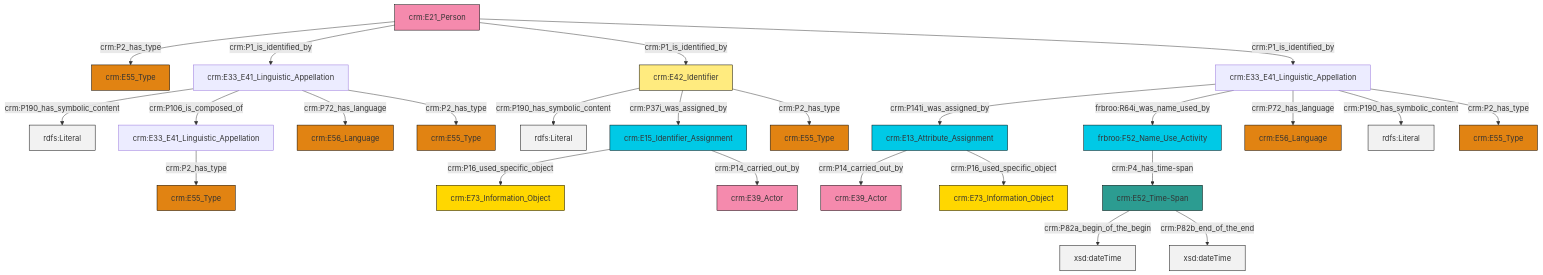
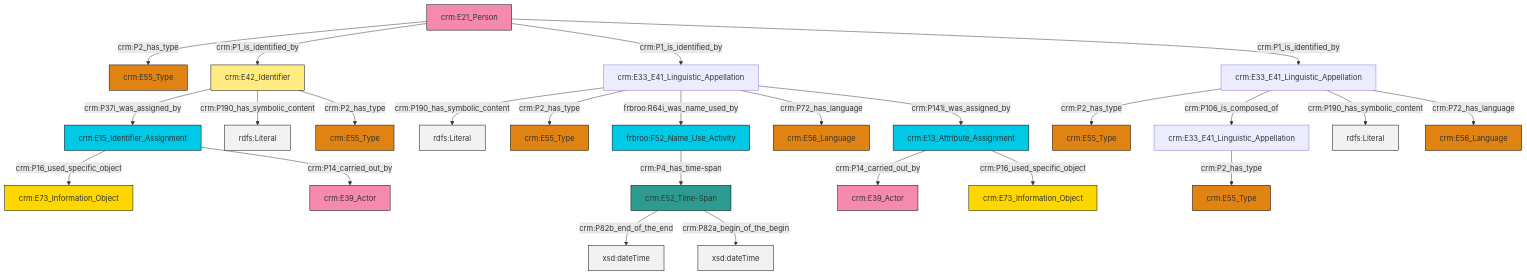
The diagram in et/personCSV/ttl/mmd/Person_Names_and_Classification.ttl.mmd (swiss-art-research-net/docs.swissartresearch), drawn with Mermaid before and after one commit. The commit also changed 177 other files, not shown here.

```diff
--- a/et/personCSV/ttl/mmd/Person_Names_and_Classification.ttl.mmd
+++ b/et/personCSV/ttl/mmd/Person_Names_and_Classification.ttl.mmd
@@ -1,39 +1,39 @@
 graph TD
 classDef Literal fill:#f2f2f2,stroke:#000000;
 classDef CRM_Entity fill:#FFFFFF,stroke:#000000;
 classDef Temporal_Entity fill:#00C9E6, stroke:#000000;
 classDef Type fill:#E18312, stroke:#000000;
 classDef Time-Span fill:#2C9C91, stroke:#000000;
 classDef Appellation fill:#FFEB7F, stroke:#000000;
 classDef Place fill:#008836, stroke:#000000;
 classDef Persistent_Item fill:#B266B2, stroke:#000000;
 classDef Conceptual_Object fill:#FFD700, stroke:#000000;
 classDef Physical_Thing fill:#D2B48C, stroke:#000000;
 classDef Actor fill:#f58aad, stroke:#000000;
 classDef PC_Classes fill:#4ce600, stroke:#000000;
 classDef Multi fill:#cccccc,stroke:#000000;
 
-6["crm:E42_Identifier"]:::Appellation -->|crm:P190_has_symbolic_content| 7[rdfs:Literal]:::Literal
-8["crm:E33_E41_Linguistic_Appellation"]:::Default -->|crm:P2_has_type| 9["crm:E55_Type"]:::Type
-12["crm:E13_Attribute_Assignment"]:::Temporal_Entity -->|crm:P14_carried_out_by| 4["crm:E39_Actor"]:::Actor
-12["crm:E13_Attribute_Assignment"]:::Temporal_Entity -->|crm:P16_used_specific_object| 0["crm:E73_Information_Object"]:::Conceptual_Object
-16["crm:E15_Identifier_Assignment"]:::Temporal_Entity -->|crm:P16_used_specific_object| 17["crm:E73_Information_Object"]:::Conceptual_Object
-18["crm:E21_Person"]:::Actor -->|crm:P2_has_type| 19["crm:E55_Type"]:::Type
-18["crm:E21_Person"]:::Actor -->|crm:P1_is_identified_by| 20["crm:E33_E41_Linguistic_Appellation"]:::Default
-20["crm:E33_E41_Linguistic_Appellation"]:::Default -->|crm:P190_has_symbolic_content| 23[rdfs:Literal]:::Literal
-16["crm:E15_Identifier_Assignment"]:::Temporal_Entity -->|crm:P14_carried_out_by| 24["crm:E39_Actor"]:::Actor
-2["crm:E33_E41_Linguistic_Appellation"]:::Default -->|crm:P141i_was_assigned_by| 12["crm:E13_Attribute_Assignment"]:::Temporal_Entity
-2["crm:E33_E41_Linguistic_Appellation"]:::Default -->|frbroo:R64i_was_name_used_by| 10["frbroo:F52_Name_Use_Activity"]:::Temporal_Entity
-2["crm:E33_E41_Linguistic_Appellation"]:::Default -->|crm:P72_has_language| 13["crm:E56_Language"]:::Type
-18["crm:E21_Person"]:::Actor -->|crm:P1_is_identified_by| 6["crm:E42_Identifier"]:::Appellation
-6["crm:E42_Identifier"]:::Appellation -->|crm:P37i_was_assigned_by| 16["crm:E15_Identifier_Assignment"]:::Temporal_Entity
-20["crm:E33_E41_Linguistic_Appellation"]:::Default -->|crm:P106_is_composed_of| 8["crm:E33_E41_Linguistic_Appellation"]:::Default
-21["crm:E52_Time-Span"]:::Time-Span -->|crm:P82a_begin_of_the_begin| 37[xsd:dateTime]:::Literal
-20["crm:E33_E41_Linguistic_Appellation"]:::Default -->|crm:P72_has_language| 32["crm:E56_Language"]:::Type
-18["crm:E21_Person"]:::Actor -->|crm:P1_is_identified_by| 2["crm:E33_E41_Linguistic_Appellation"]:::Default
-2["crm:E33_E41_Linguistic_Appellation"]:::Default -->|crm:P190_has_symbolic_content| 40[rdfs:Literal]:::Literal
-2["crm:E33_E41_Linguistic_Appellation"]:::Default -->|crm:P2_has_type| 42["crm:E55_Type"]:::Type
-6["crm:E42_Identifier"]:::Appellation -->|crm:P2_has_type| 29["crm:E55_Type"]:::Type
-21["crm:E52_Time-Span"]:::Time-Span -->|crm:P82b_end_of_the_end| 44[xsd:dateTime]:::Literal
-10["frbroo:F52_Name_Use_Activity"]:::Temporal_Entity -->|crm:P4_has_time-span| 21["crm:E52_Time-Span"]:::Time-Span
-20["crm:E33_E41_Linguistic_Appellation"]:::Default -->|crm:P2_has_type| 25["crm:E55_Type"]:::Type
+0["crm:E13_Attribute_Assignment"]:::Temporal_Entity -->|crm:P14_carried_out_by| 1["crm:E39_Actor"]:::Actor
+10["frbroo:F52_Name_Use_Activity"]:::Temporal_Entity -->|crm:P4_has_time-span| 11["crm:E52_Time-Span"]:::Time-Span
+11["crm:E52_Time-Span"]:::Time-Span -->|crm:P82b_end_of_the_end| 17[xsd:dateTime]:::Literal
+20["crm:E42_Identifier"]:::Appellation -->|crm:P37i_was_assigned_by| 13["crm:E15_Identifier_Assignment"]:::Temporal_Entity
+27["crm:E33_E41_Linguistic_Appellation"]:::Default -->|crm:P190_has_symbolic_content| 28[rdfs:Literal]:::Literal
+29["crm:E33_E41_Linguistic_Appellation"]:::Default -->|crm:P2_has_type| 8["crm:E55_Type"]:::Type
+11["crm:E52_Time-Span"]:::Time-Span -->|crm:P82a_begin_of_the_begin| 30[xsd:dateTime]:::Literal
+29["crm:E33_E41_Linguistic_Appellation"]:::Default -->|crm:P106_is_composed_of| 18["crm:E33_E41_Linguistic_Appellation"]:::Default
+36["crm:E21_Person"]:::Actor -->|crm:P2_has_type| 6["crm:E55_Type"]:::Type
+13["crm:E15_Identifier_Assignment"]:::Temporal_Entity -->|crm:P16_used_specific_object| 34["crm:E73_Information_Object"]:::Conceptual_Object
+27["crm:E33_E41_Linguistic_Appellation"]:::Default -->|crm:P2_has_type| 2["crm:E55_Type"]:::Type
+18["crm:E33_E41_Linguistic_Appellation"]:::Default -->|crm:P2_has_type| 24["crm:E55_Type"]:::Type
+36["crm:E21_Person"]:::Actor -->|crm:P1_is_identified_by| 20["crm:E42_Identifier"]:::Appellation
+13["crm:E15_Identifier_Assignment"]:::Temporal_Entity -->|crm:P14_carried_out_by| 37["crm:E39_Actor"]:::Actor
+27["crm:E33_E41_Linguistic_Appellation"]:::Default -->|frbroo:R64i_was_name_used_by| 10["frbroo:F52_Name_Use_Activity"]:::Temporal_Entity
+20["crm:E42_Identifier"]:::Appellation -->|crm:P190_has_symbolic_content| 38[rdfs:Literal]:::Literal
+27["crm:E33_E41_Linguistic_Appellation"]:::Default -->|crm:P72_has_language| 22["crm:E56_Language"]:::Type
+27["crm:E33_E41_Linguistic_Appellation"]:::Default -->|crm:P141i_was_assigned_by| 0["crm:E13_Attribute_Assignment"]:::Temporal_Entity
+29["crm:E33_E41_Linguistic_Appellation"]:::Default -->|crm:P190_has_symbolic_content| 41[rdfs:Literal]:::Literal
+20["crm:E42_Identifier"]:::Appellation -->|crm:P2_has_type| 4["crm:E55_Type"]:::Type
+0["crm:E13_Attribute_Assignment"]:::Temporal_Entity -->|crm:P16_used_specific_object| 31["crm:E73_Information_Object"]:::Conceptual_Object
+36["crm:E21_Person"]:::Actor -->|crm:P1_is_identified_by| 27["crm:E33_E41_Linguistic_Appellation"]:::Default
+29["crm:E33_E41_Linguistic_Appellation"]:::Default -->|crm:P72_has_language| 15["crm:E56_Language"]:::Type
+36["crm:E21_Person"]:::Actor -->|crm:P1_is_identified_by| 29["crm:E33_E41_Linguistic_Appellation"]:::Default
```
